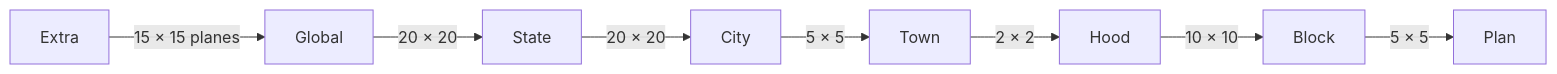
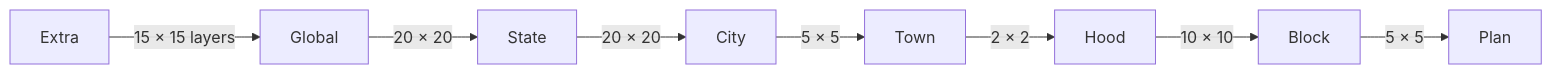
The diagram in docs/architecture/domain-kernel.md (LL782/mundoko-maps), drawn with Mermaid before and after one commit. The commit also changed other lines of this file and 4 other files, not shown here.

````diff
--- a/docs/architecture/domain-kernel.md
+++ b/docs/architecture/domain-kernel.md
@@ -84,10 +85,10 @@
 ```mermaid
 flowchart LR
-    Extra -->|"15 × 15 planes"| Global
+    Extra -->|"15 × 15 layers"| Global
     Global -->|"20 × 20"| State
     State -->|"20 × 20"| City
     City -->|"5 × 5"| Town
     Town -->|"2 × 2"| Hood
     Hood -->|"10 × 10"| Block
     Block -->|"5 × 5"| Plan
 ```
````
